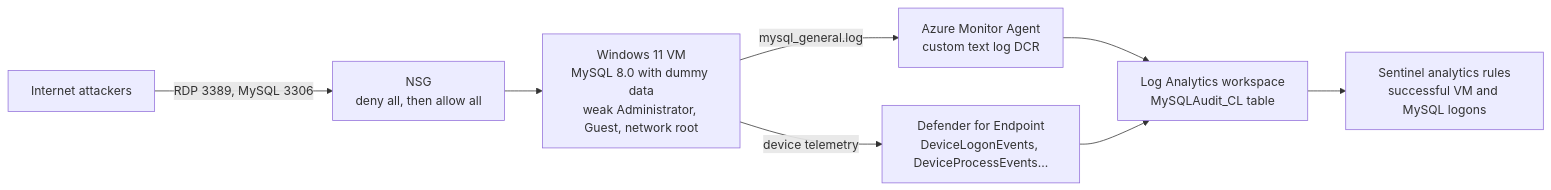
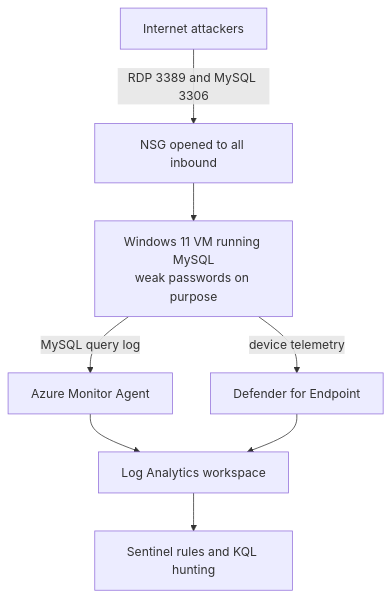
One commit to David-Koschmann/mysql-honeypot-live-breach changed the diagram in README.md. Above: the diagram before and after it, drawn with Mermaid.

Commit message:
Revise flowchart direction and labels in README
Updated flowchart to improve clarity and accuracy.

````diff
--- a/README.md
+++ b/README.md
@@ -24,10 +24,10 @@
 ```mermaid
-flowchart LR
-    I["Internet attackers"] -->|"RDP 3389, MySQL 3306"| N["NSG<br/>deny all, then allow all"]
-    N --> VM["Windows 11 VM<br/>MySQL 8.0 with dummy data<br/>weak Administrator, Guest, network root"]
-    VM -->|"mysql_general.log"| AMA["Azure Monitor Agent<br/>custom text log DCR"]
-    AMA --> LAW["Log Analytics workspace<br/>MySQLAudit_CL table"]
-    VM -->|"device telemetry"| MDE["Defender for Endpoint<br/>DeviceLogonEvents, DeviceProcessEvents..."]
-    MDE --> LAW
-    LAW --> S["Sentinel analytics rules<br/>successful VM and MySQL logons"]
+flowchart TD
+    A["Internet attackers"] -->|"RDP 3389 and MySQL 3306"| B["NSG opened to all inbound"]
+    B --> C["Windows 11 VM running MySQL<br/>weak passwords on purpose"]
+    C -->|"MySQL query log"| D["Azure Monitor Agent"]
+    C -->|"device telemetry"| E["Defender for Endpoint"]
+    D --> F["Log Analytics workspace"]
+    E --> F
+    F --> G["Sentinel rules and KQL hunting"]
 ```
````
